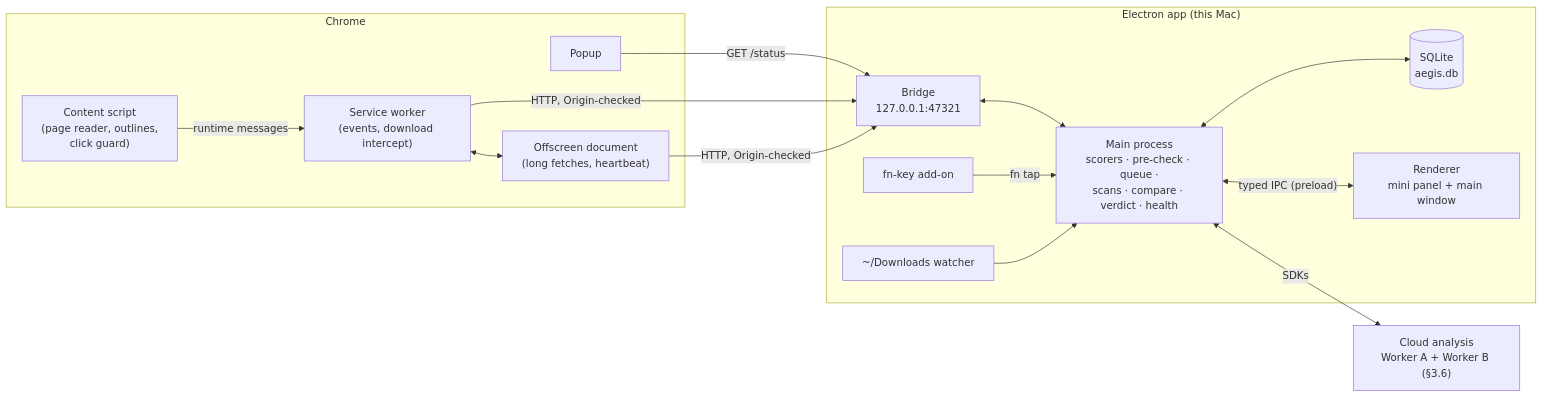
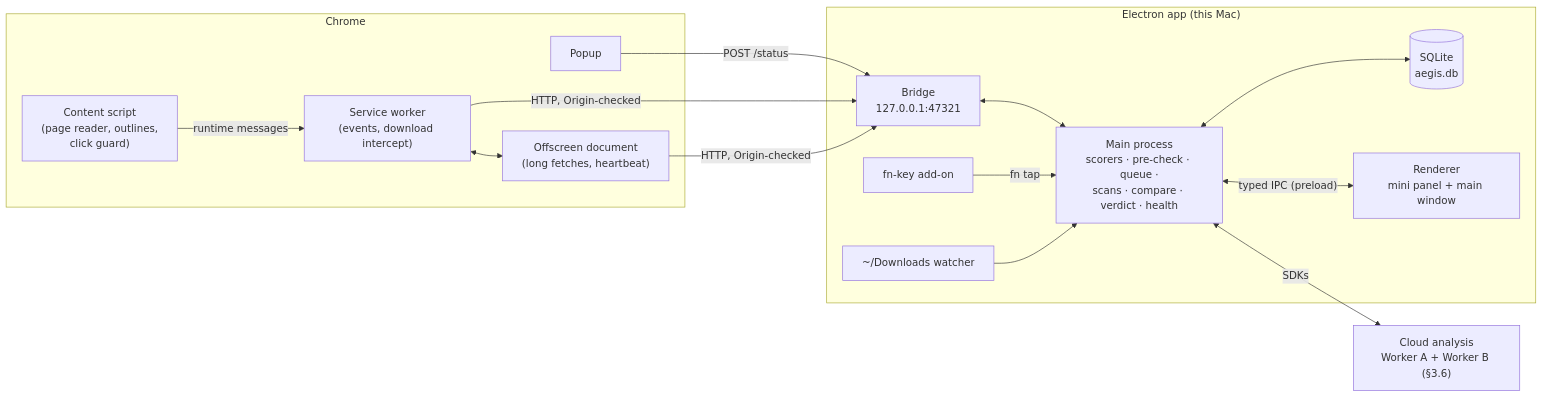
The second of 10 diagrams in docs/architectural.md (evandong1976/Aegis), drawn with Mermaid before and after one commit. The commit also changed 8 other files, not shown here.

First line of the commit message:
extension-status: bridge reads are POST so the extension's status gets through

````diff
--- a/docs/architectural.md
+++ b/docs/architectural.md
@@ -79,32 +79,32 @@
 ```mermaid
 flowchart LR
   subgraph Chrome["Chrome"]
     CS["Content script<br/>(page reader, outlines,<br/>click guard)"]
     SW["Service worker<br/>(events, download intercept)"]
     OFF["Offscreen document<br/>(long fetches, heartbeat)"]
     POP["Popup"]
   end
 
   subgraph Mac["Electron app (this Mac)"]
     BR["Bridge<br/>127.0.0.1:47321"]
     CORE["Main process<br/>scorers · pre-check · queue ·<br/>scans · compare · verdict · health"]
     DB[("SQLite<br/>aegis.db")]
     UI["Renderer<br/>mini panel + main window"]
     FN["fn-key add-on"]
     WATCH["~/Downloads watcher"]
   end
 
   CLOUD["Cloud analysis<br/>Worker A + Worker B (§3.6)"]
 
   CS -- "runtime messages" --> SW
   SW <--> OFF
-  POP -- "GET /status" --> BR
+  POP -- "POST /status" --> BR
   SW -- "HTTP, Origin-checked" --> BR
   OFF -- "HTTP, Origin-checked" --> BR
   BR <--> CORE
   CORE <--> DB
   CORE <-->|"typed IPC (preload)"| UI
   FN -- "fn tap" --> CORE
   WATCH --> CORE
   CORE <-->|"SDKs"| CLOUD
 ```
````
